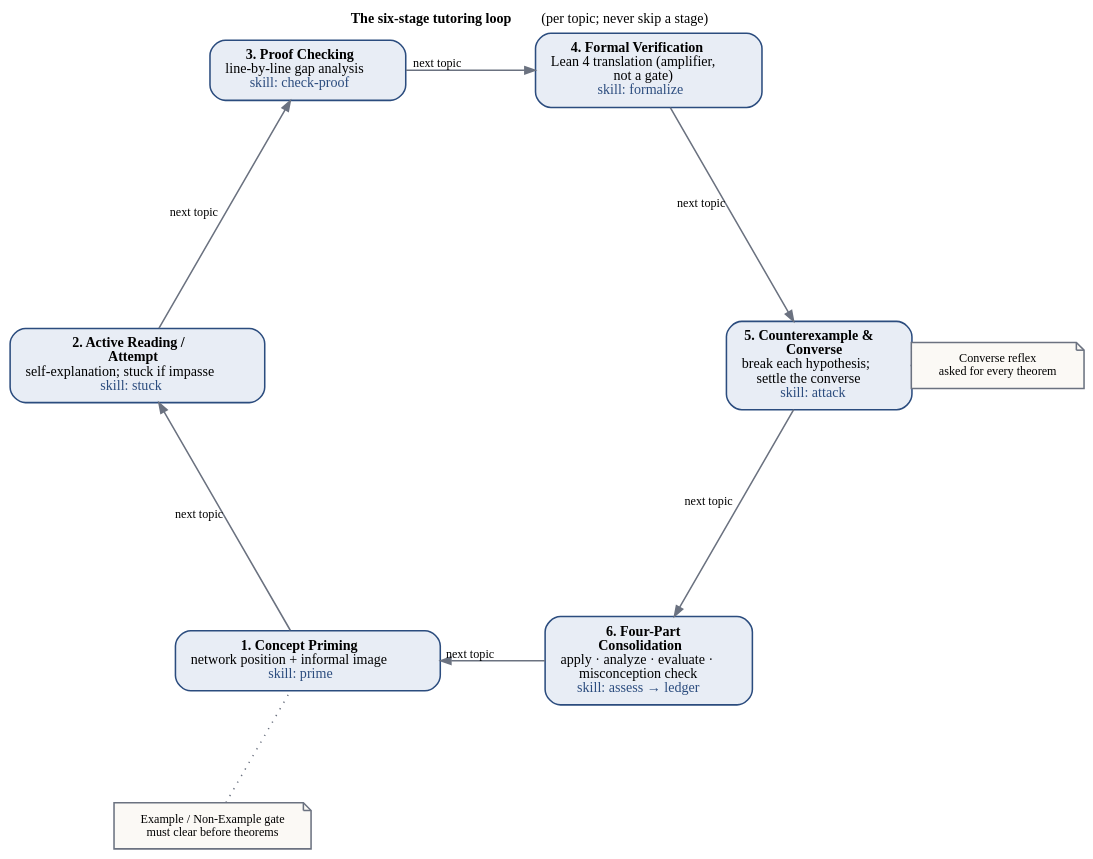
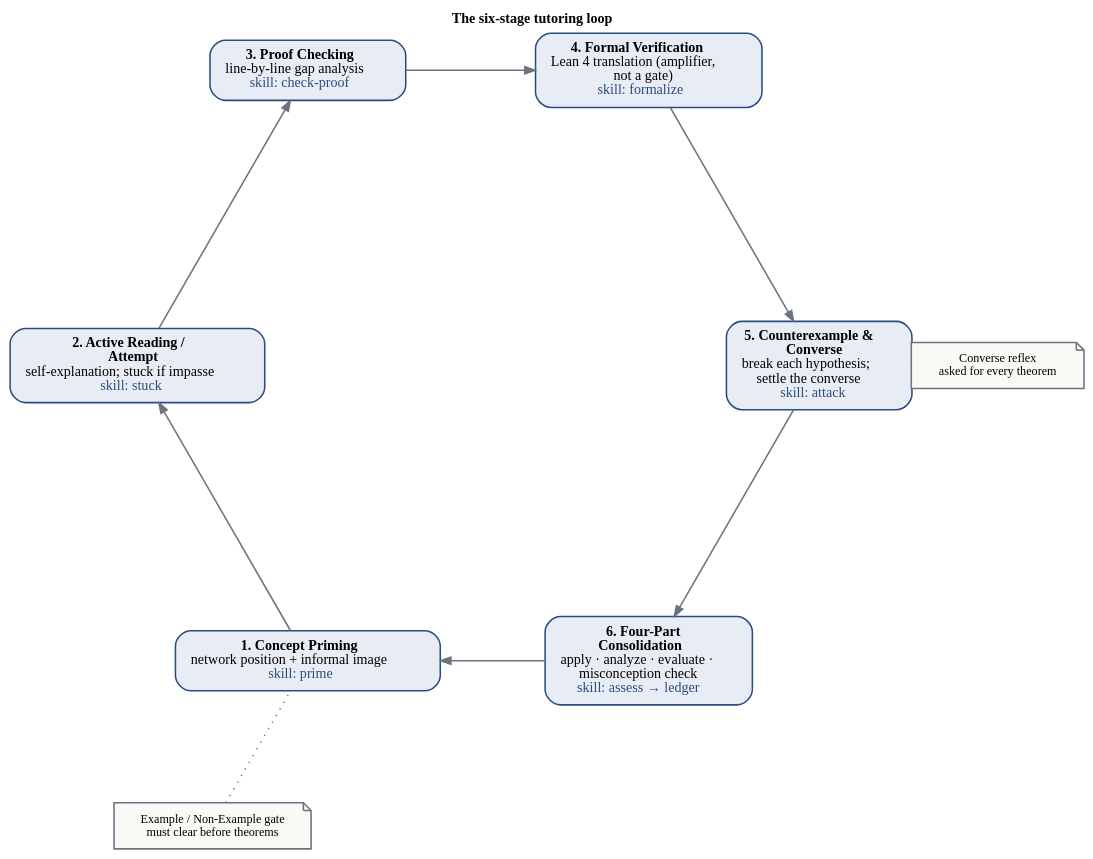
Before and after one commit to apollostream/real-analysis-tutor: the diagram in manual/figures/src/six-stage-loop.dot, drawn with Graphviz. The commit also changed 3 other files, not shown here.

Commit message:
docs(manual): fig 1.1 — drop edge labels and title qualifier; note moved to caption

```diff
--- a/manual/figures/src/six-stage-loop.dot
+++ b/manual/figures/src/six-stage-loop.dot
@@ -1,27 +1,27 @@
 digraph SixStageLoop {
     bgcolor="transparent";
     layout=circo;
     fontname="Charter,Georgia,serif";
     fontsize=11;
     node [fontname="Charter,Georgia,serif", fontsize=11, shape=box, style="rounded,filled",
           fillcolor="#E8EDF5", color="#2B4C7E", penwidth=1.2, margin="0.16,0.10", width=1.9];
     edge [fontname="Charter,Georgia,serif", fontsize=9.5, color="#6B7280", arrowsize=0.8, penwidth=1.2];
 
     labelloc="t";
-    label=<<B>The six-stage tutoring loop</B> (per topic; never skip a stage)>;
+    label=<<B>The six-stage tutoring loop</B>>;
 
     s1 [label=<<B>1. Concept Priming</B><BR/>network position + informal image<BR/><FONT COLOR="#2B4C7E">skill: prime</FONT>>];
     s2 [label=<<B>2. Active Reading /<BR/>Attempt</B><BR/>self-explanation; stuck if impasse<BR/><FONT COLOR="#2B4C7E">skill: stuck</FONT>>];
     s3 [label=<<B>3. Proof Checking</B><BR/>line-by-line gap analysis<BR/><FONT COLOR="#2B4C7E">skill: check-proof</FONT>>];
     s4 [label=<<B>4. Formal Verification</B><BR/>Lean 4 translation (amplifier,<BR/>not a gate)<BR/><FONT COLOR="#2B4C7E">skill: formalize</FONT>>];
     s5 [label=<<B>5. Counterexample &amp;<BR/>Converse</B><BR/>break each hypothesis;<BR/>settle the converse<BR/><FONT COLOR="#2B4C7E">skill: attack</FONT>>];
     s6 [label=<<B>6. Four-Part<BR/>Consolidation</B><BR/>apply · analyze · evaluate ·<BR/>misconception check<BR/><FONT COLOR="#2B4C7E">skill: assess → ledger</FONT>>];
 
-    s1 -> s2 -> s3 -> s4 -> s5 -> s6 -> s1 [label="next topic"];
+    s1 -> s2 -> s3 -> s4 -> s5 -> s6 -> s1;
 
     gate [label="Example / Non-Example gate\nmust clear before theorems", shape=note, fillcolor="#FBF9F5", color="#6B7280", fontsize=9.5, width=1.6];
     converse [label="Converse reflex\nasked for every theorem", shape=note, fillcolor="#FBF9F5", color="#6B7280", fontsize=9.5, width=1.6];
 
     gate -> s1 [style=dotted, arrowhead=none, color="#6B7280"];
     converse -> s5 [style=dotted, arrowhead=none, color="#6B7280"];
 }
```
